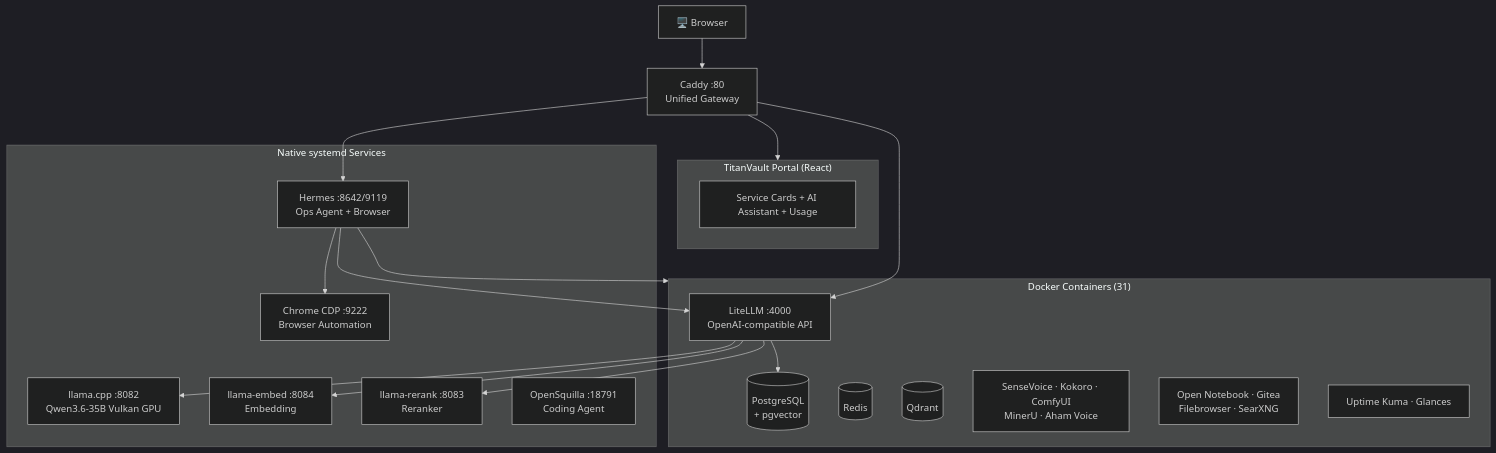
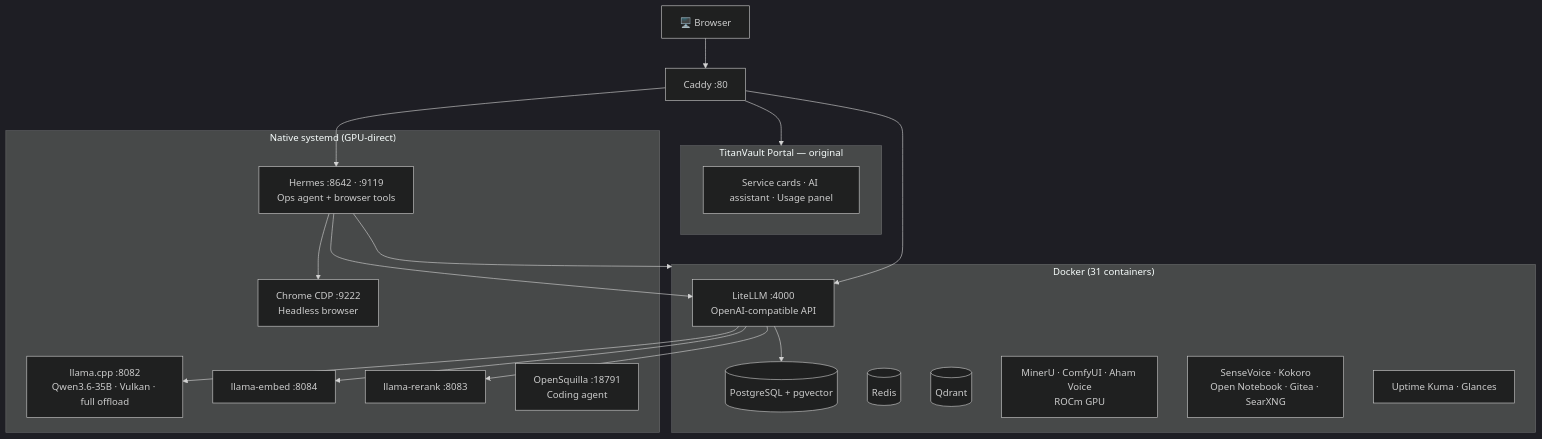
The diagram in README.md (kaka86mm/TitanVault), drawn with Mermaid (dark theme) before and after one commit. The commit also changed other lines of this file and 1 other file, not shown here.

Commit message:
docs: rewrite bilingual README — original components, professional wording, fix OWNER placeholders

````diff
--- a/README.md
+++ b/README.md
@@ -94,39 +113,33 @@
 ```mermaid
 flowchart TD
-    User["🖥️ Browser"]
-    User --> Caddy["Caddy :80<br/>Unified Gateway"]
+    User["🖥️ Browser"] --> Caddy["Caddy :80"]
 
-    subgraph Portal["TitanVault Portal (React)"]
-        Dashboard["Service Cards + AI Assistant + Usage"]
+    subgraph Portal["TitanVault Portal — original"]
+        Dashboard["Service cards · AI assistant · Usage panel"]
     end
     Caddy --> Portal
 
-    subgraph Native["Native systemd Services"]
-        LLM["llama.cpp :8082<br/>Qwen3.6-35B Vulkan GPU"]
-        Embed["llama-embed :8084<br/>Embedding"]
-        Rerank["llama-rerank :8083<br/>Reranker"]
-        Hermes["Hermes :8642/9119<br/>Ops Agent + Browser"]
-        Squilla["OpenSquilla :18791<br/>Coding Agent"]
-        Chrome["Chrome CDP :9222<br/>Browser Automation"]
+    subgraph Native["Native systemd (GPU-direct)"]
+        LLM["llama.cpp :8082<br/>Qwen3.6-35B · Vulkan · full offload"]
+        Embed["llama-embed :8084"]
+        Rerank["llama-rerank :8083"]
+        Hermes["Hermes :8642 · :9119<br/>Ops agent + browser tools"]
+        Squilla["OpenSquilla :18791<br/>Coding agent"]
+        Chrome["Chrome CDP :9222<br/>Headless browser"]
     end
 
-    subgraph Docker["Docker Containers (31)"]
+    subgraph Docker["Docker (31 containers)"]
         LiteLLM["LiteLLM :4000<br/>OpenAI-compatible API"]
-        PG[("PostgreSQL<br/>+ pgvector")]
+        PG[("PostgreSQL + pgvector")]
         Redis[("Redis")]
         Qdrant[("Qdrant")]
-        AI["SenseVoice · Kokoro · ComfyUI<br/>MinerU · Aham Voice"]
-        Apps["Open Notebook · Gitea<br/>Filebrowser · SearXNG"]
-        Monitor["Uptime Kuma · Glances"]
+        ROCm["MinerU · ComfyUI · Aham Voice<br/>ROCm GPU"]
+        CPU["SenseVoice · Kokoro<br/>Open Notebook · Gitea · SearXNG"]
+        Obs["Uptime Kuma · Glances"]
     end
 
-    Caddy --> LiteLLM
-    Caddy --> Hermes
-    LiteLLM --> LLM
-    LiteLLM --> Embed
-    LiteLLM --> Rerank
-    Hermes --> Chrome
-    Hermes --> LiteLLM
-    Hermes --> Docker
+    Caddy --> LiteLLM & Hermes
+    LiteLLM --> LLM & Embed & Rerank
+    Hermes --> Chrome & LiteLLM & Docker
     LiteLLM --> PG
 ```
````
